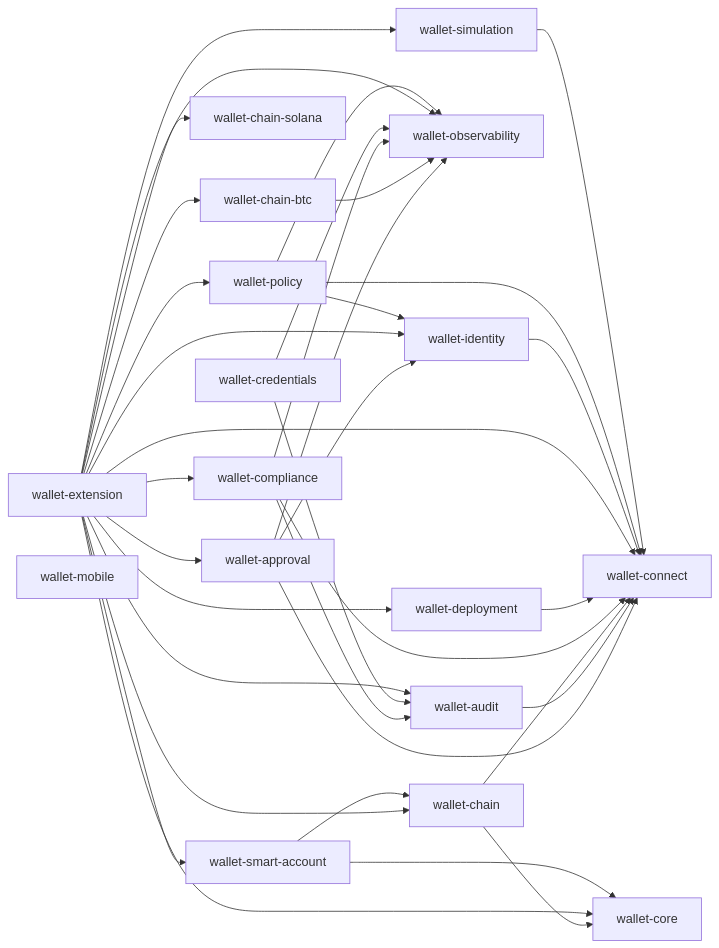
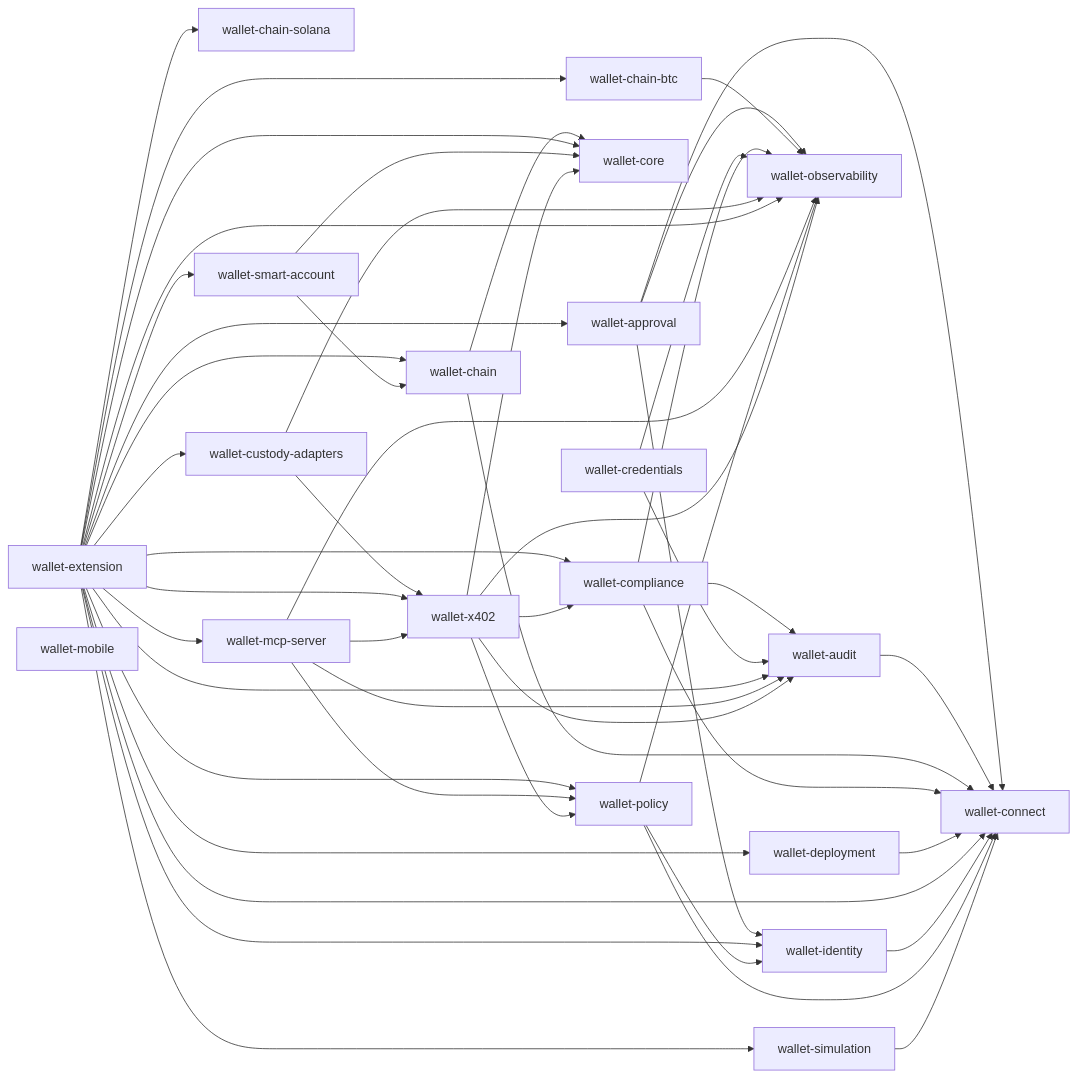
One commit to aethelred-foundation/wallet changed the diagram in reports/workspace-deps.mmd. Above: the diagram before and after it, drawn with Mermaid. The commit also changed 17 other files, not shown here.

First line of the commit message:
feat(custody-adapters): pluggable signing backends — Local, Shamir, Ledger, Nitro, Fireblocks (#53)

```diff
--- a/reports/workspace-deps.mmd
+++ b/reports/workspace-deps.mmd
@@ -1,40 +1,54 @@
 flowchart LR
   wallet-approval --> wallet-connect
   wallet-approval --> wallet-identity
   wallet-approval --> wallet-observability
   wallet-audit --> wallet-connect
   wallet-chain --> wallet-connect
   wallet-chain --> wallet-core
   wallet-chain-btc --> wallet-observability
   wallet-chain-solana
   wallet-compliance --> wallet-audit
   wallet-compliance --> wallet-connect
   wallet-compliance --> wallet-observability
   wallet-connect
   wallet-core
   wallet-credentials --> wallet-audit
   wallet-credentials --> wallet-observability
+  wallet-custody-adapters --> wallet-observability
+  wallet-custody-adapters --> wallet-x402
   wallet-deployment --> wallet-connect
   wallet-extension --> wallet-approval
   wallet-extension --> wallet-audit
   wallet-extension --> wallet-chain
   wallet-extension --> wallet-chain-btc
   wallet-extension --> wallet-chain-solana
   wallet-extension --> wallet-compliance
   wallet-extension --> wallet-connect
   wallet-extension --> wallet-core
+  wallet-extension --> wallet-custody-adapters
   wallet-extension --> wallet-deployment
   wallet-extension --> wallet-identity
+  wallet-extension --> wallet-mcp-server
   wallet-extension --> wallet-observability
   wallet-extension --> wallet-policy
   wallet-extension --> wallet-simulation
   wallet-extension --> wallet-smart-account
+  wallet-extension --> wallet-x402
   wallet-identity --> wallet-connect
+  wallet-mcp-server --> wallet-audit
+  wallet-mcp-server --> wallet-observability
+  wallet-mcp-server --> wallet-policy
+  wallet-mcp-server --> wallet-x402
   wallet-mobile
   wallet-observability
   wallet-policy --> wallet-connect
   wallet-policy --> wallet-identity
   wallet-policy --> wallet-observability
   wallet-simulation --> wallet-connect
   wallet-smart-account --> wallet-chain
   wallet-smart-account --> wallet-core
+  wallet-x402 --> wallet-audit
+  wallet-x402 --> wallet-compliance
+  wallet-x402 --> wallet-core
+  wallet-x402 --> wallet-observability
+  wallet-x402 --> wallet-policy
```
